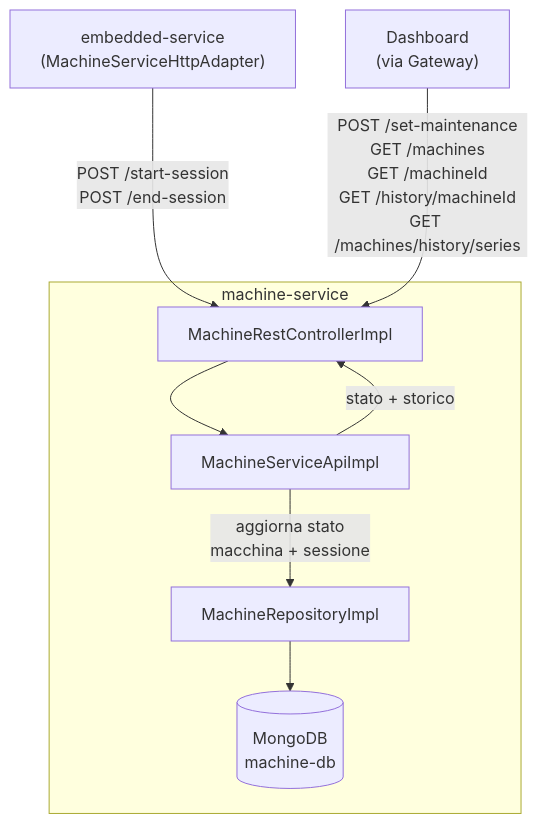
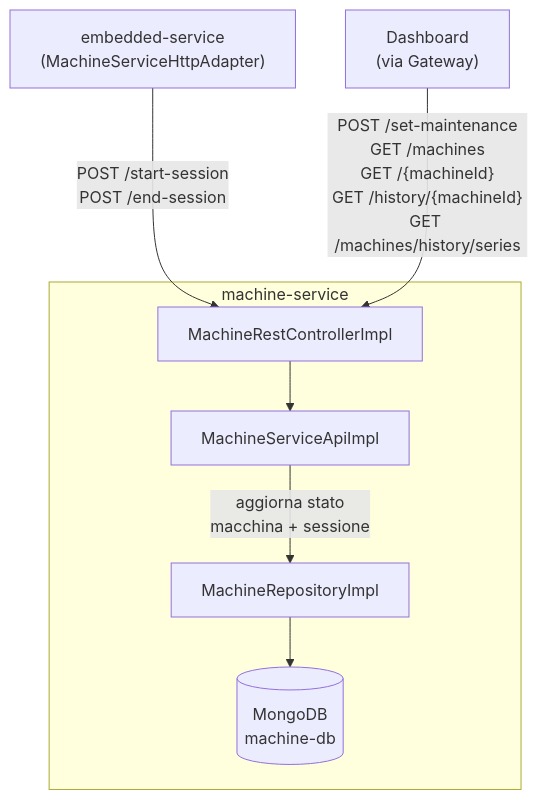
The seventh of 10 diagrams in docs/report/Implementation.md (piertv21/SmartGym-Monitor), drawn with Mermaid before and after one commit. The commit also changed other lines of this file and 2 other files, not shown here.

````diff
--- a/docs/report/Implementation.md
+++ b/docs/report/Implementation.md
@@ -202,13 +206,15 @@
 ```mermaid
 flowchart TD
-    EMB["embedded-service\n(MachineServiceHttpAdapter)"] -->|"POST /start-session\nPOST /end-session"| CTRL["MachineRestControllerImpl"]
+    EMB["embedded-service\n(MachineServiceHttpAdapter)"]
+    DASH["Dashboard\n(via Gateway)"]
 
     subgraph machine-service
+        CTRL["MachineRestControllerImpl"]
         CTRL --> API["MachineServiceApiImpl"]
         API -->|"aggiorna stato\nmacchina + sessione"| REPO["MachineRepositoryImpl"]
         REPO --> DB[(MongoDB\nmachine-db)]
     end
 
-    DASH["Dashboard\n(via Gateway)"] -->|"POST /set-maintenance\nGET /machines\nGET /machineId\nGET /history/machineId\nGET /machines/history/series"| CTRL
-    API -->|"stato + storico"| CTRL
+    EMB -->|"POST /start-session\nPOST /end-session"| CTRL
+    DASH -->|"POST /set-maintenance\nGET /machines\nGET /{machineId}\nGET /history/{machineId}\nGET /machines/history/series"| CTRL
 ```
````
